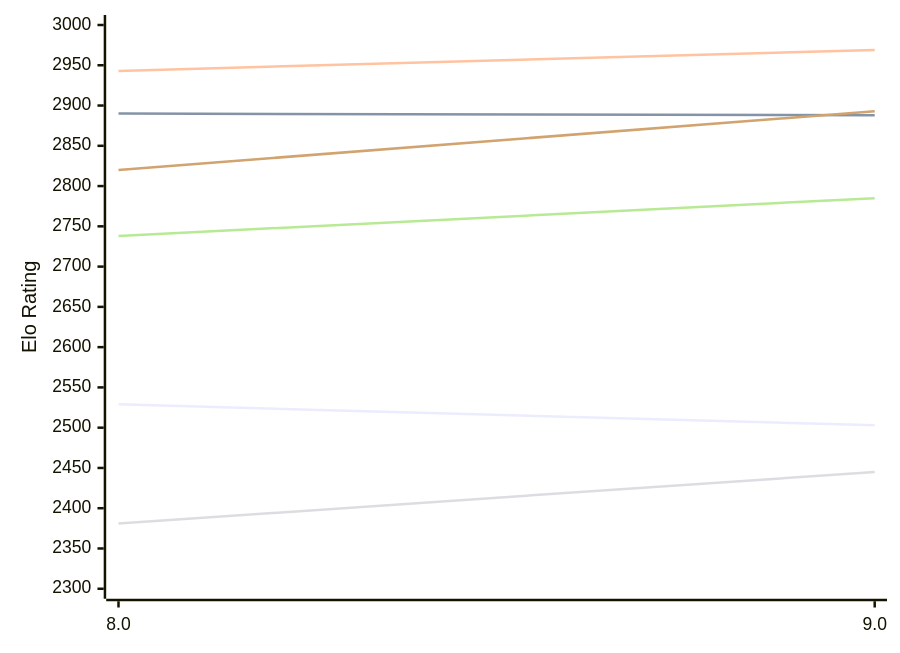
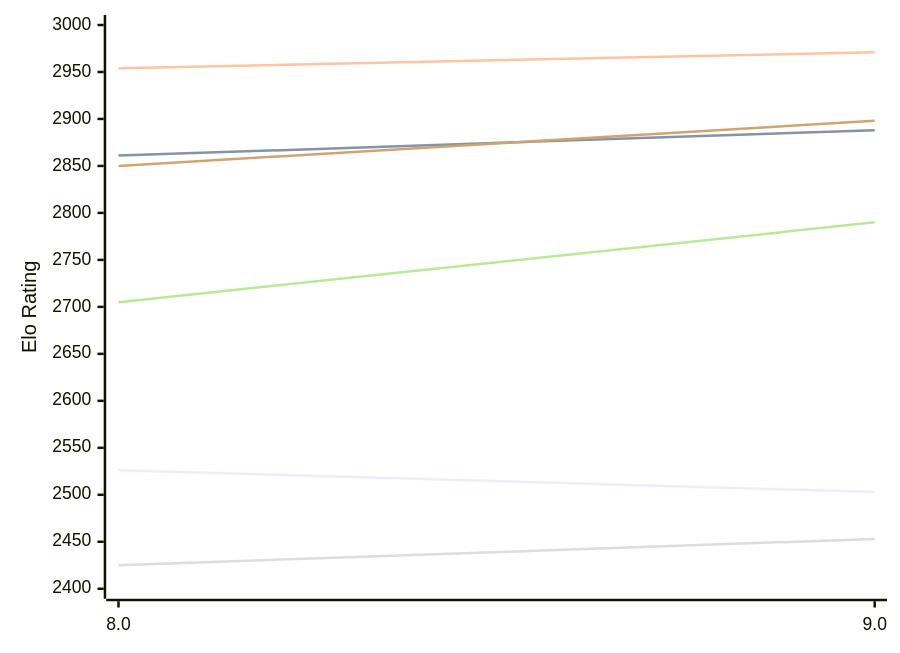
The first of 2 diagrams in engines/4kc.md (computer-chess-index/cci), drawn with Mermaid before and after one commit. The commit also changed other lines of this file, not shown here.

Commit message:
Update CCI Ratings (ELO VLTC) - 2026-11-17

````diff
--- a/engines/4kc.md
+++ b/engines/4kc.md
@@ -51,12 +51,12 @@
 ```mermaid
 %%{init: {"theme":"base","themeVariables":{"seriesColors:['#a3a3a3','#222221','#faa371']}}}%%
 xychart-beta
   x-axis ["8.0", "9.0"]
-  y-axis "Elo Rating" 2300 --> 3000
-  line "E1: STC (8.0+0.08s)" [2529, 2503]
-  line "E1: LTC (60.0+0.60s)" [2890, 2888]
-  line "E1: VLTC (2m24s+1.12s)" [2943, 2969]
-  line "P1: STC (8.0+0.08s)" [2381, 2445]
-  line "P1: LTC (60.0+0.60s)" [2738, 2785]
-  line "P1: VLTC (2m24s+1.12s)" [2820, 2893]
+  y-axis "Elo Rating" 2400 --> 3000
+  line "E1: STC (8.0+0.08s)" [2526, 2503]
+  line "E1: LTC (60.0+0.60s)" [2861, 2888]
+  line "E1: VLTC (2m24s+1.12s)" [2954, 2971]
+  line "P1: STC (8.0+0.08s)" [2425, 2453]
+  line "P1: LTC (60.0+0.60s)" [2705, 2790]
+  line "P1: VLTC (2m24s+1.12s)" [2850, 2898]
 ```
````
